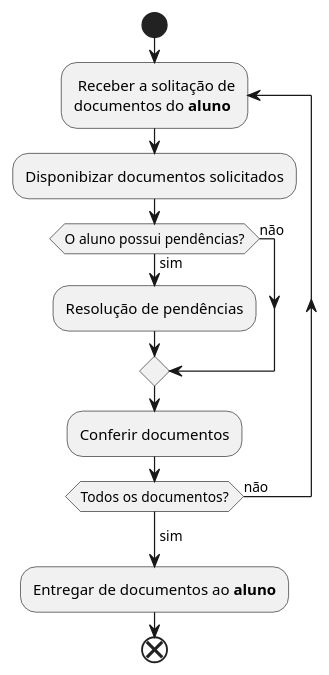
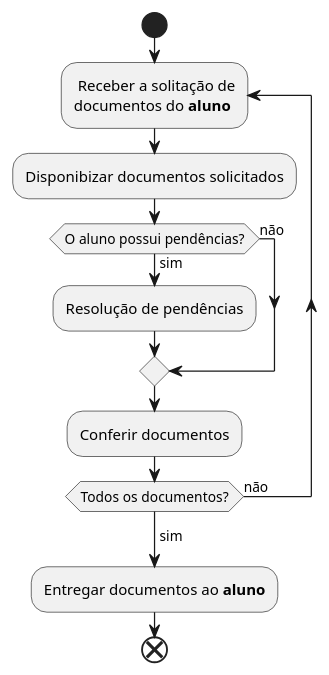
Before and after one commit to lapes-upe/sisrep-api: the diagram in docs_source/src/c4/diagramaAtividades/negocio/IESAnterior/receberSolicitacaoDispensa.puml, drawn with PlantUML. The commit also changed 4 other files, not shown here.

Commit message:
adicionando diagrama de casos de uso do escopo de negocio

```diff
--- a/docs_source/src/c4/diagramaAtividades/negocio/IESAnterior/receberSolicitacaoDispensa.puml
+++ b/docs_source/src/c4/diagramaAtividades/negocio/IESAnterior/receberSolicitacaoDispensa.puml
@@ -1,14 +1,14 @@
 @startuml Solicitação de documentos para reaproveitamento de diciplina.
 start
 repeat: Receber a solitação de\ndocumentos do **aluno**;
     :Disponibizar documentos solicitados;
     if (O aluno possui pendências?) then (sim)
         :Resolução de pendências;
     else (não)
     endif
     :Conferir documentos;
 repeat while (Todos os documentos?) is (não)
 ->sim;
-:Entregar de documentos ao **aluno**;
+:Entregar documentos ao **aluno**;
 end
 @enduml
```
